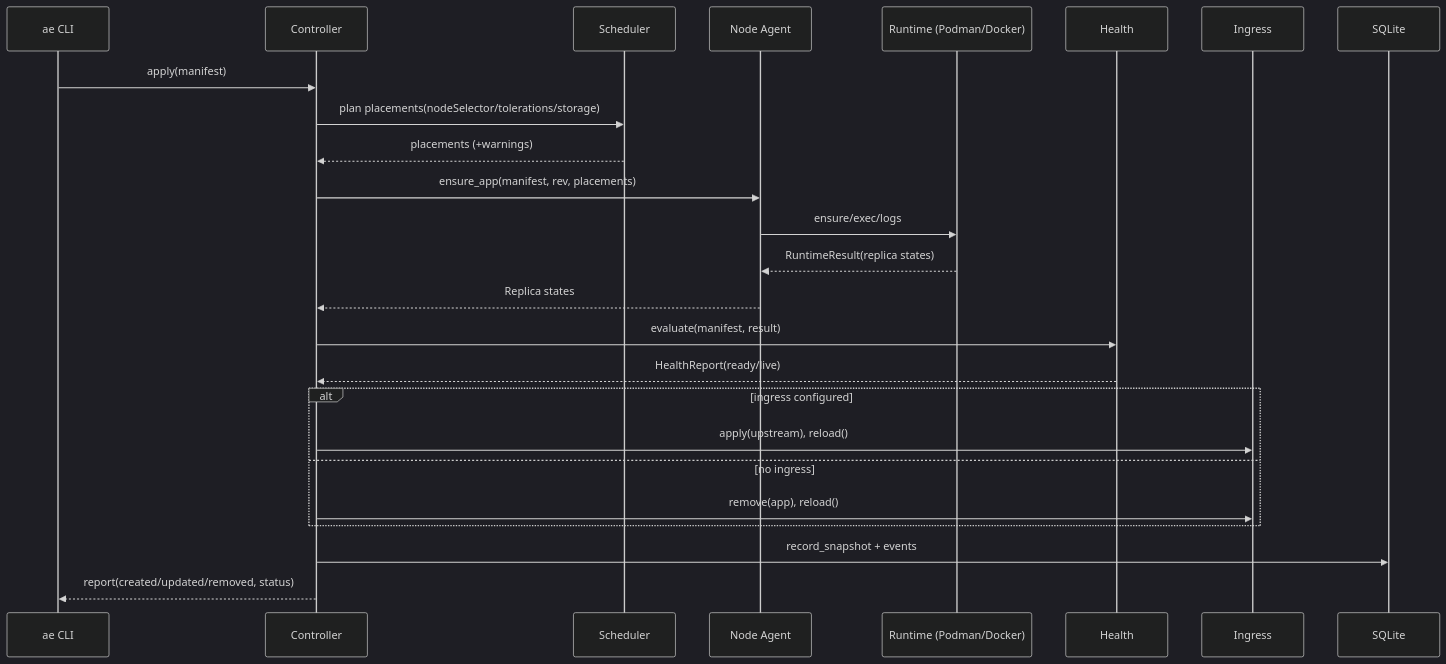
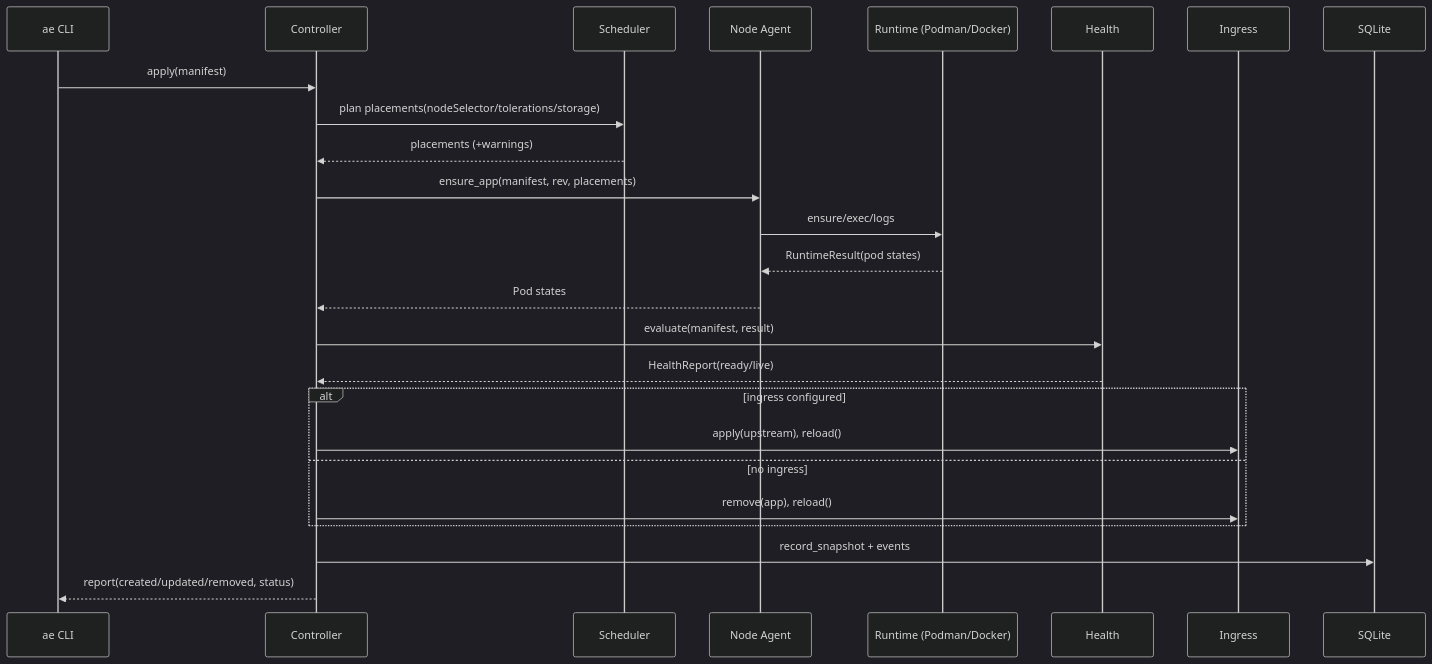
The diagram in docs/reference/architecture.md (the-cm-collective/k1s), drawn with Mermaid (dark theme) before and after one commit. The commit also changed other lines of this file and 91 other files, not shown here.

````diff
--- a/docs/reference/architecture.md
+++ b/docs/reference/architecture.md
@@ -78,28 +78,28 @@
 ```mermaid
 sequenceDiagram
   participant CLI as ae CLI
   participant C as Controller
   participant SCH as Scheduler
   participant A as Node Agent
   participant R as Runtime (Podman/Docker)
   participant H as Health
   participant I as Ingress
   participant S as SQLite
 
   CLI->>C: apply(manifest)
   C->>SCH: plan placements(nodeSelector/tolerations/storage)
   SCH-->>C: placements (+warnings)
   C->>A: ensure_app(manifest, rev, placements)
   A->>R: ensure/exec/logs
-  R-->>A: RuntimeResult(replica states)
-  A-->>C: Replica states
+  R-->>A: RuntimeResult(pod states)
+  A-->>C: Pod states
   C->>H: evaluate(manifest, result)
   H-->>C: HealthReport(ready/live)
   alt ingress configured
     C->>I: apply(upstream), reload()
   else no ingress
     C->>I: remove(app), reload()
   end
   C->>S: record_snapshot + events
   C-->>CLI: report(created/updated/removed, status)
 ```
````
